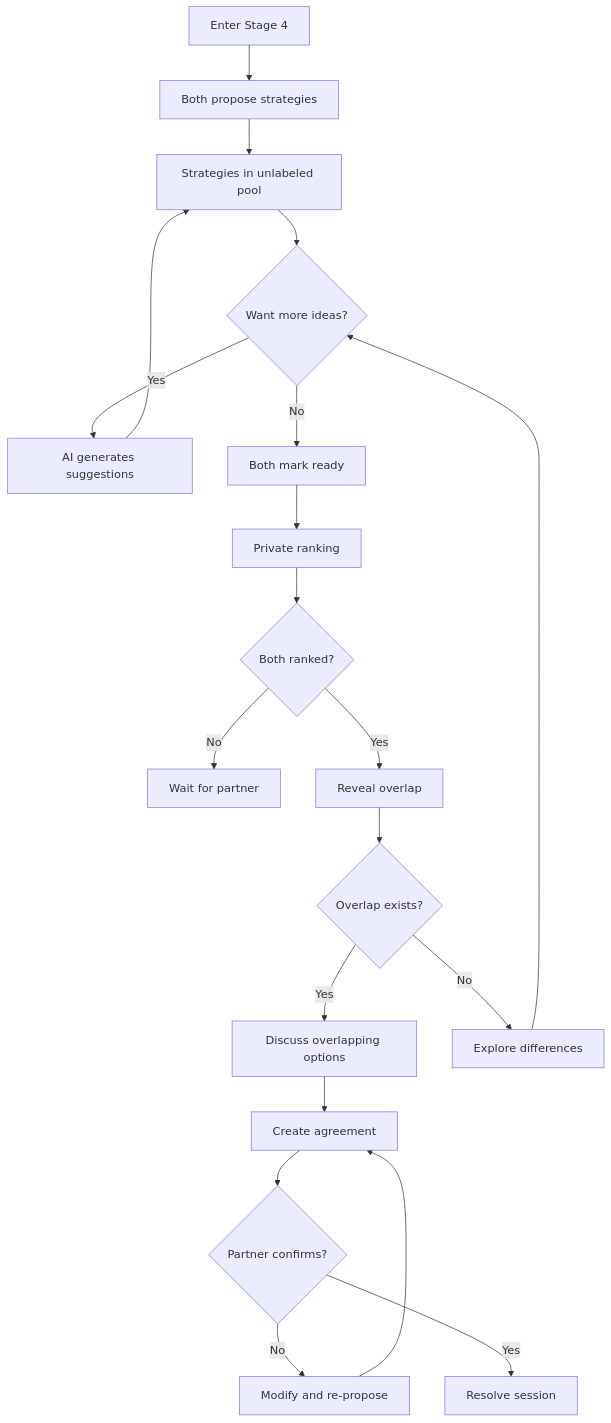
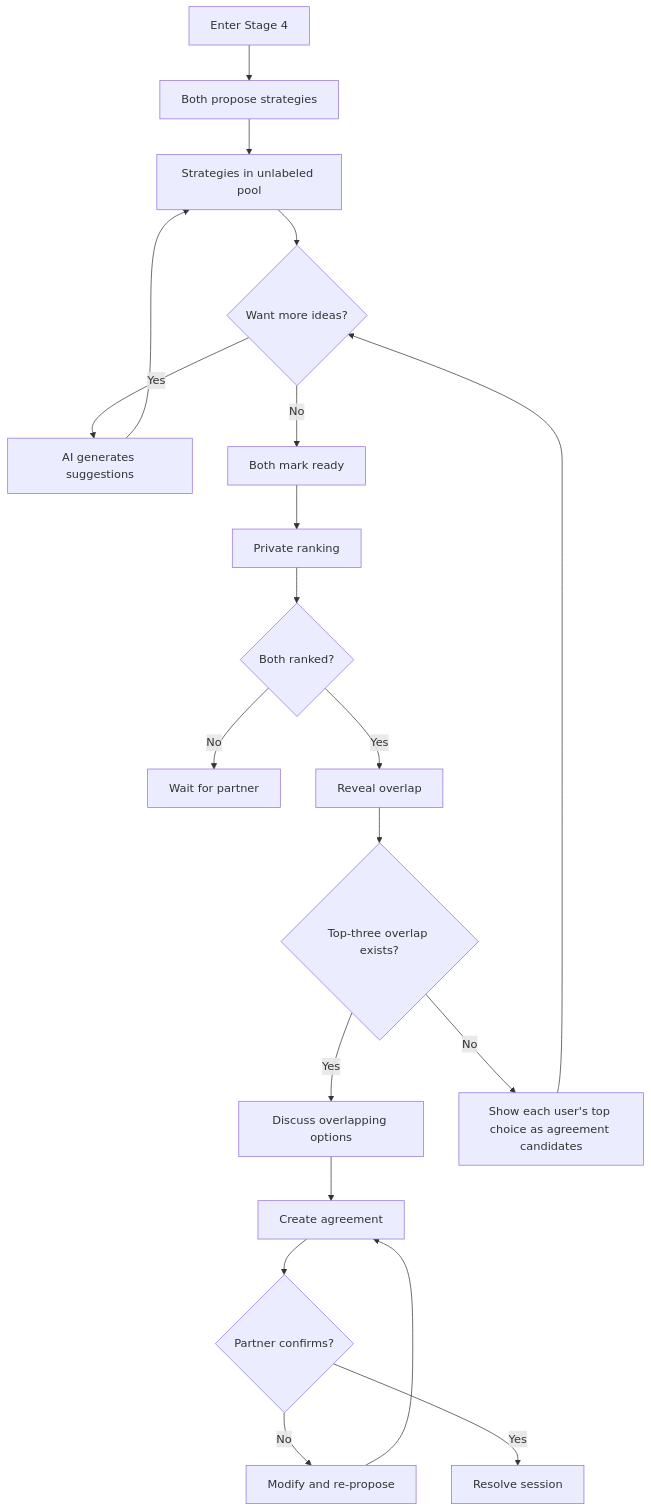
Before and after one commit to shantamg/meet-without-fear: the diagram in docs/backend/api/stage-4.md, drawn with Mermaid. The commit also changed other lines of this file and 4 other files, not shown here.

````diff
--- a/docs/backend/api/stage-4.md
+++ b/docs/backend/api/stage-4.md
@@ -393,22 +407,22 @@
 ```mermaid
 flowchart TD
     Enter[Enter Stage 4] --> Collect[Both propose strategies]
     Collect --> Pool[Strategies in unlabeled pool]
     Pool --> MoreIdeas{Want more ideas?}
     MoreIdeas -->|Yes| AISuggest[AI generates suggestions]
     AISuggest --> Pool
     MoreIdeas -->|No| Ready[Both mark ready]
     Ready --> Rank[Private ranking]
     Rank --> BothRanked{Both ranked?}
     BothRanked -->|No| Wait[Wait for partner]
     BothRanked -->|Yes| Reveal[Reveal overlap]
-    Reveal --> HasOverlap{Overlap exists?}
+    Reveal --> HasOverlap{Top-three overlap exists?}
     HasOverlap -->|Yes| Discuss[Discuss overlapping options]
-    HasOverlap -->|No| Negotiate[Explore differences]
-    Negotiate --> MoreIdeas
+    HasOverlap -->|No| Candidates[Show each user's top choice as agreement candidates]
+    Candidates --> MoreIdeas
     Discuss --> Agree[Create agreement]
     Agree --> PartnerConfirm{Partner confirms?}
     PartnerConfirm -->|No| Modify[Modify and re-propose]
     Modify --> Agree
     PartnerConfirm -->|Yes| Resolve[Resolve session]
 ```
````
